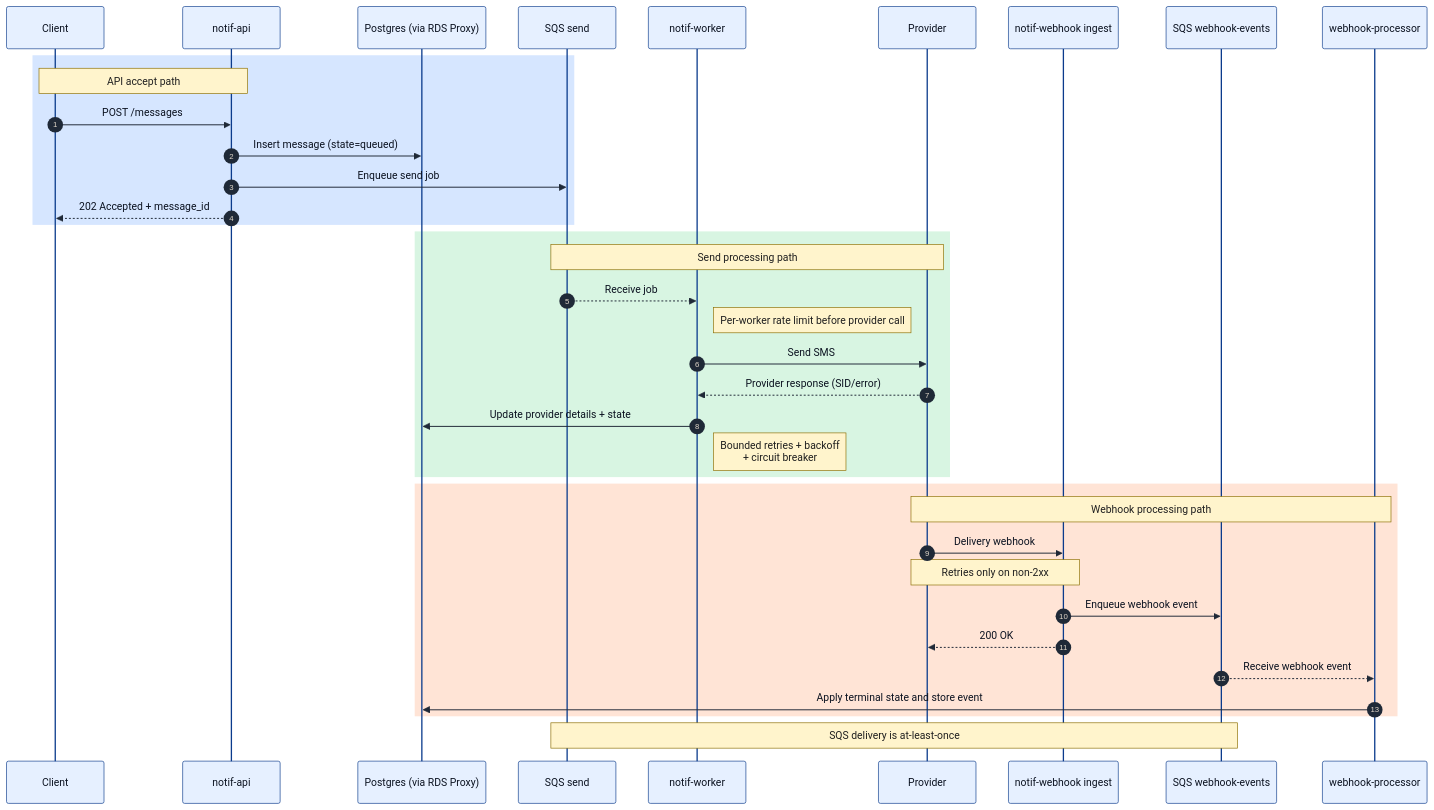
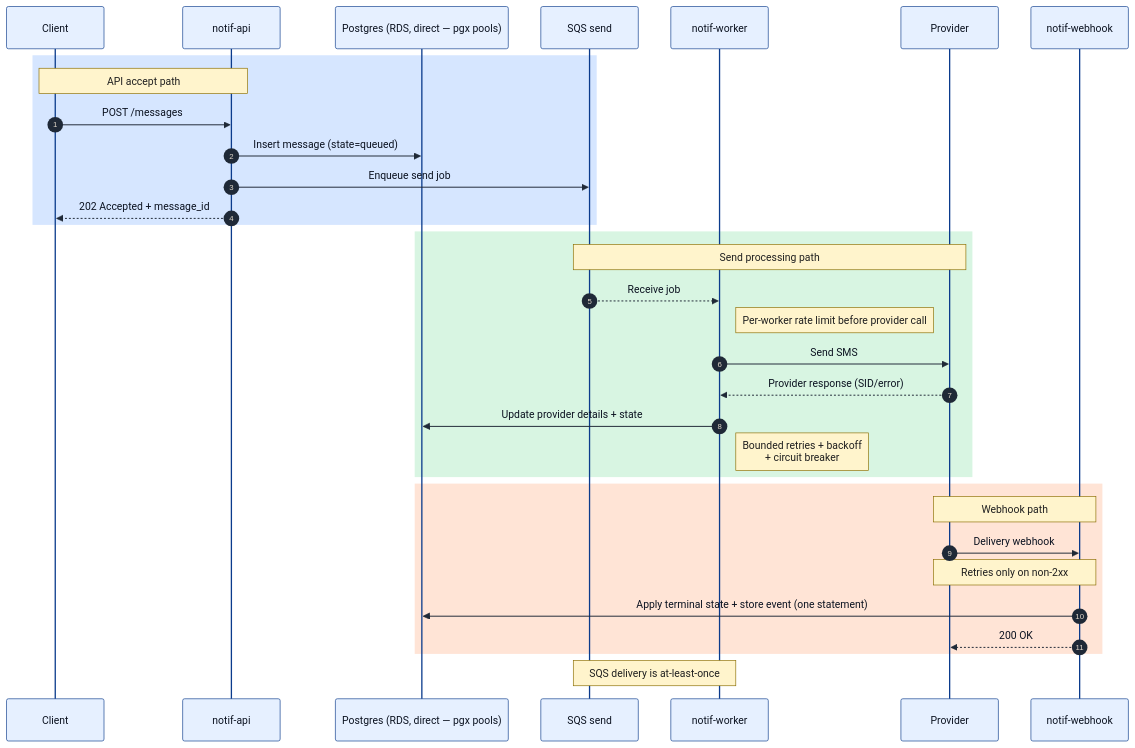
Before and after one commit to sagarsuperuser/notif-service: the diagram in docs/architecture/03-message-lifecycle-sequence.md, drawn with Mermaid. The commit also changed 19 other files, not shown here.

First line of the commit message:
infra: pragmatic topology — drop NAT, bastion, internal API NLB, RDS Proxy, role-pinned node pools (#75)

````diff
--- a/docs/architecture/03-message-lifecycle-sequence.md
+++ b/docs/architecture/03-message-lifecycle-sequence.md
@@ -3,62 +3,58 @@
 ```mermaid
 %%{init: {
   "theme": "base",
   "themeVariables": {
     "fontFamily": "Inter, Segoe UI, Arial, sans-serif",
     "fontSize": "18px",
     "primaryTextColor": "#0b1220",
     "lineColor": "#1f2937",
     "actorTextColor": "#0b1220",
     "actorBorder": "#0b3b8c",
     "actorBkg": "#e6f0ff",
     "signalColor": "#1f2937",
     "signalTextColor": "#0b1220",
     "labelBoxBkgColor": "#e6f0ff",
     "labelBoxBorderColor": "#0b3b8c",
     "noteBkgColor": "#fff4cc",
     "noteBorderColor": "#8a6d00",
     "noteTextColor": "#1f1f1f"
   }
 }}%%
 sequenceDiagram
     autonumber
     participant C as Client
     participant API as notif-api
-    participant DB as Postgres (via RDS Proxy)
+    participant DB as Postgres (RDS, direct — pgx pools)
     participant QSend as SQS send
     participant W as notif-worker
     participant P as Provider
-    participant WH as notif-webhook ingest
-    participant QWebhook as SQS webhook-events
-    participant WHP as webhook-processor
+    participant WH as notif-webhook
 
     rect rgb(214, 230, 255)
     Note over C,API: API accept path
     C->>API: POST /messages
     API->>DB: Insert message (state=queued)
     API->>QSend: Enqueue send job
     API-->>C: 202 Accepted + message_id
     end
 
     rect rgb(216, 245, 226)
     Note over QSend,P: Send processing path
     QSend-->>W: Receive job
     Note right of W: Per-worker rate limit before provider call
     W->>P: Send SMS
     P-->>W: Provider response (SID/error)
     W->>DB: Update provider details + state
     Note right of W: Bounded retries + backoff<br/>+ circuit breaker
     end
 
     rect rgb(255, 228, 214)
-    Note over P,WHP: Webhook processing path
+    Note over P,WH: Webhook path
     P->>WH: Delivery webhook
     Note over P,WH: Retries only on non-2xx
-    WH->>QWebhook: Enqueue webhook event
+    WH->>DB: Apply terminal state + store event (one statement)
     WH-->>P: 200 OK
-    QWebhook-->>WHP: Receive webhook event
-    WHP->>DB: Apply terminal state and store event
     end
 
-    Note over QSend,QWebhook: SQS delivery is at-least-once
+    Note over QSend,W: SQS delivery is at-least-once
 ```
````
